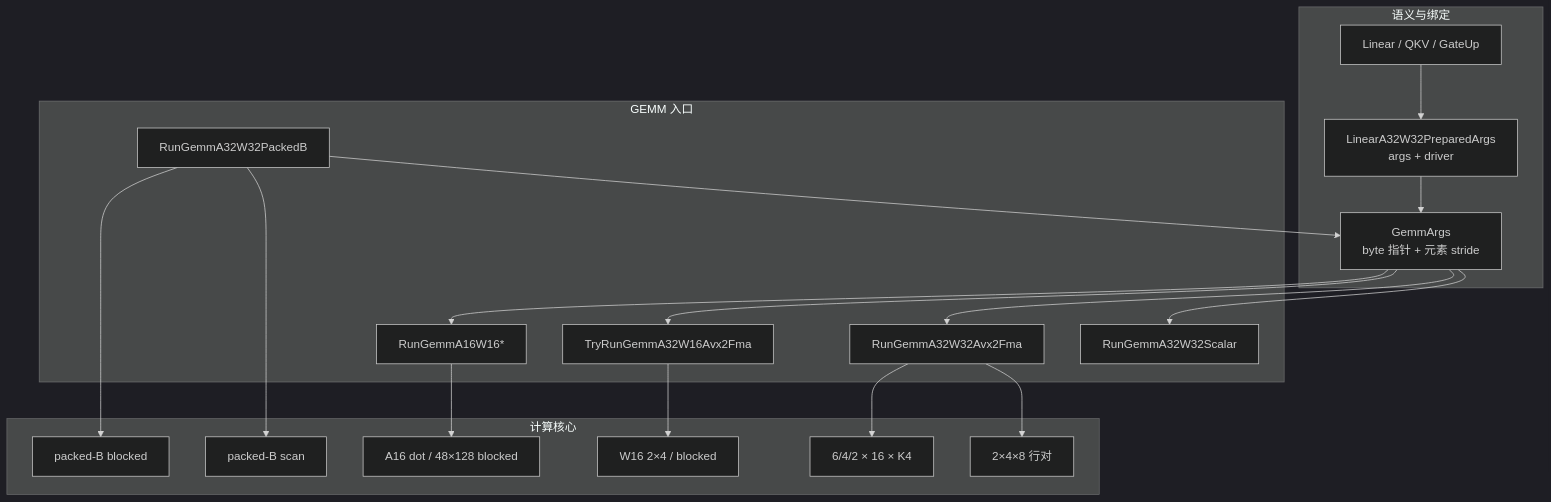
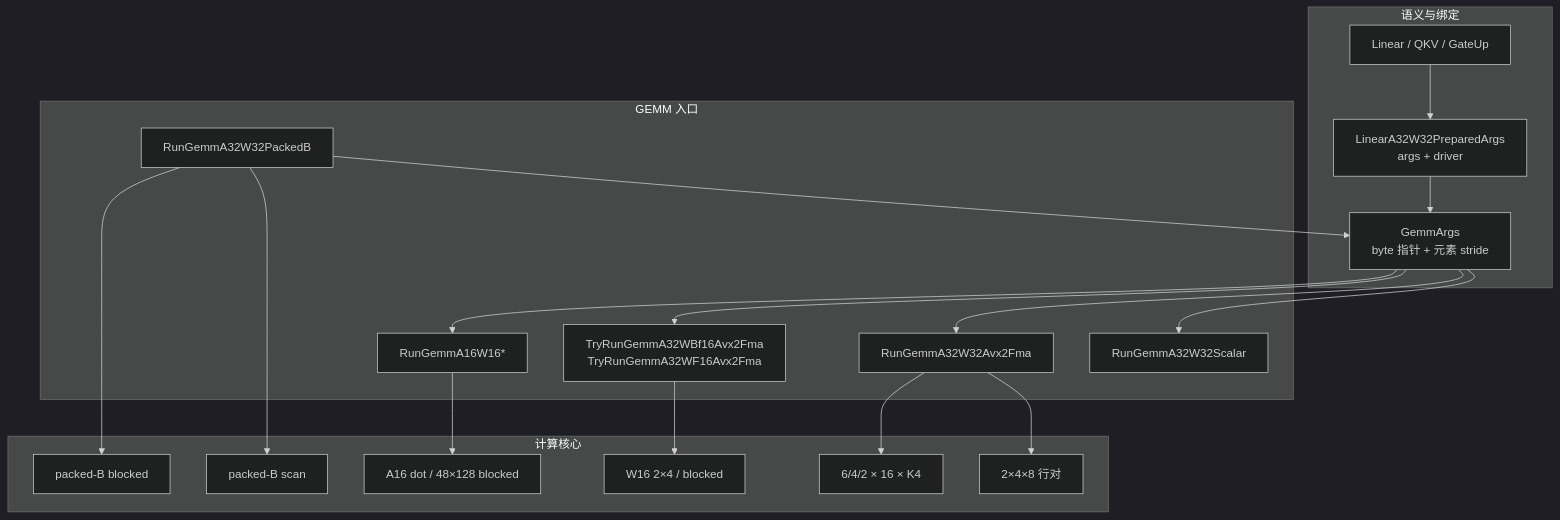
The first of 5 diagrams in docs/handbook/算子系统/算子实现详解/GEMM 内核.md (fengjiran/AetherMind), drawn with Mermaid (dark theme) before and after one commit. The commit also changed other lines of this file, not shown here.

Commit message:
docs(gemm): update AVX2 dispatch and kernel selection

````diff
--- a/docs/handbook/算子系统/算子实现详解/GEMM 内核.md
+++ b/docs/handbook/算子系统/算子实现详解/GEMM 内核.md
@@ -97,38 +99,38 @@
 ```mermaid
 graph TB
     subgraph "语义与绑定"
         Linear["Linear / QKV / GateUp"]
         Prepared["LinearA32W32PreparedArgs<br/>args + driver"]
         GemmArgs["GemmArgs<br/>byte 指针 + 元素 stride"]
     end
 
     subgraph "GEMM 入口"
         Scalar["RunGemmA32W32Scalar"]
         Avx2["RunGemmA32W32Avx2Fma"]
         PackedB["RunGemmA32W32PackedB"]
-        W16["TryRunGemmA32W16Avx2Fma"]
+        W16["TryRunGemmA32WBf16Avx2Fma<br/>TryRunGemmA32WF16Avx2Fma"]
         A16["RunGemmA16W16*"]
     end
 
     subgraph "计算核心"
         RowPair["2×4×8 行对"]
         Tile6["6/4/2 × 16 × K4"]
         Scan["packed-B scan"]
         PackedBlocked["packed-B blocked"]
         W16Tile["W16 2×4 / blocked"]
         A16Block["A16 dot / 48×128 blocked"]
     end
 
     Linear --> Prepared --> GemmArgs
     GemmArgs --> Scalar
     GemmArgs --> Avx2
     GemmArgs --> W16
     GemmArgs --> A16
     PackedB --> GemmArgs
     Avx2 --> RowPair
     Avx2 --> Tile6
     PackedB --> Scan
     PackedB --> PackedBlocked
     W16 --> W16Tile
     A16 --> A16Block
 ```
````
